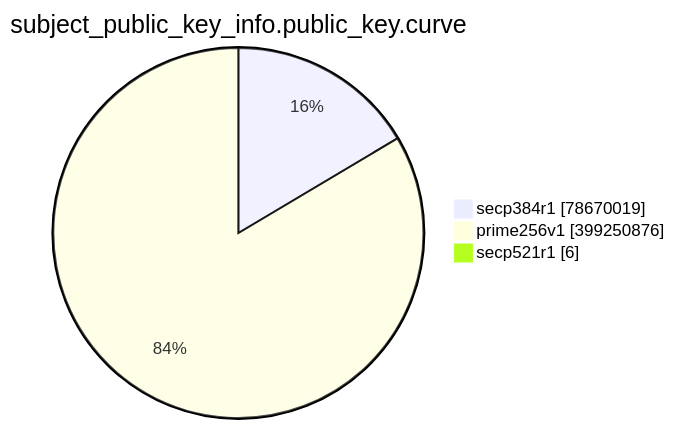
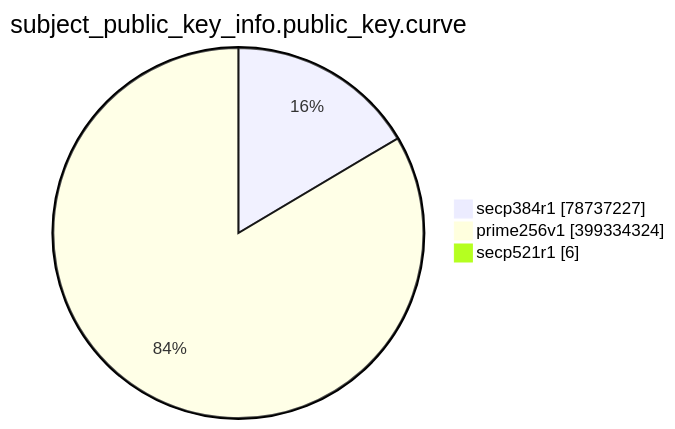
The eighth of 15 diagrams in TOTAL/README.md (christiankrug/ctmonitor_visualization), drawn with Mermaid before and after one commit. The commit also changed other lines of this file, not shown here.

````diff
--- a/TOTAL/README.md
+++ b/TOTAL/README.md
@@ -3095,7 +3095,7 @@
 ```mermaid
 pie showData
 title subject_public_key_info.public_key.curve
-"secp384r1" :78670019
-"prime256v1" :399250876
+"secp384r1" :78737227
+"prime256v1" :399334324
 "secp521r1" :6
 ```
````
